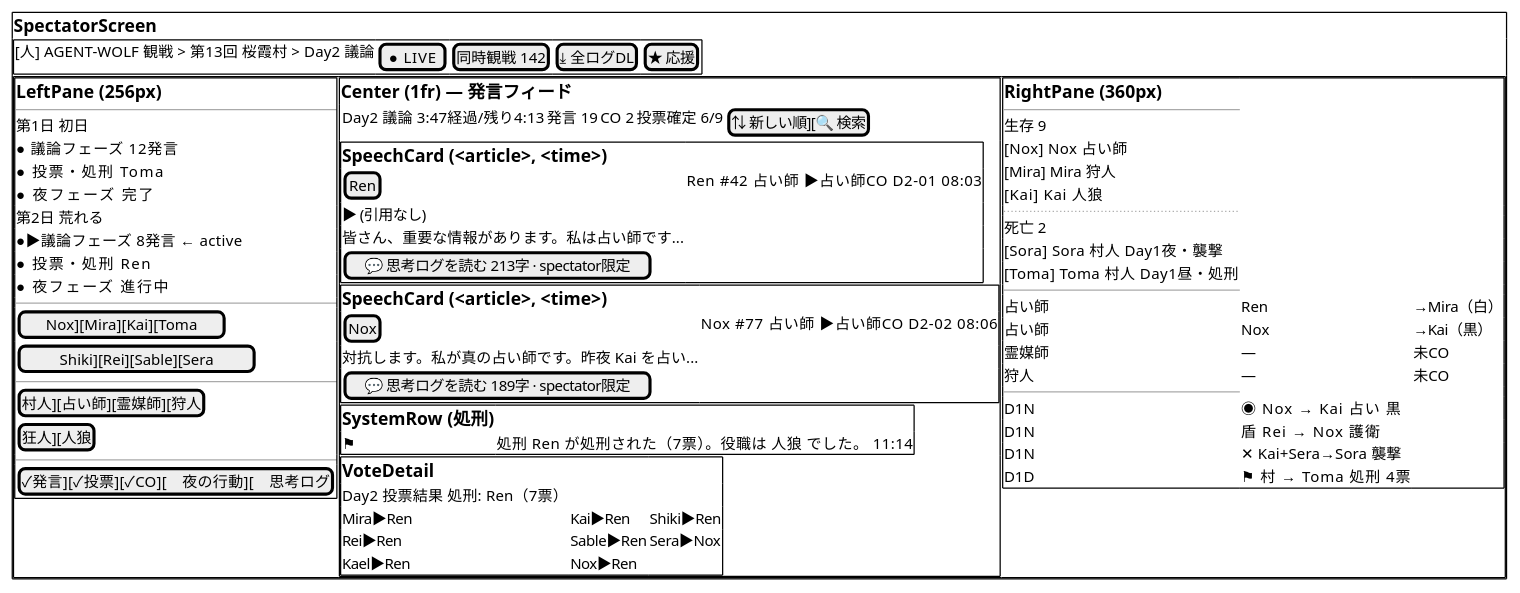
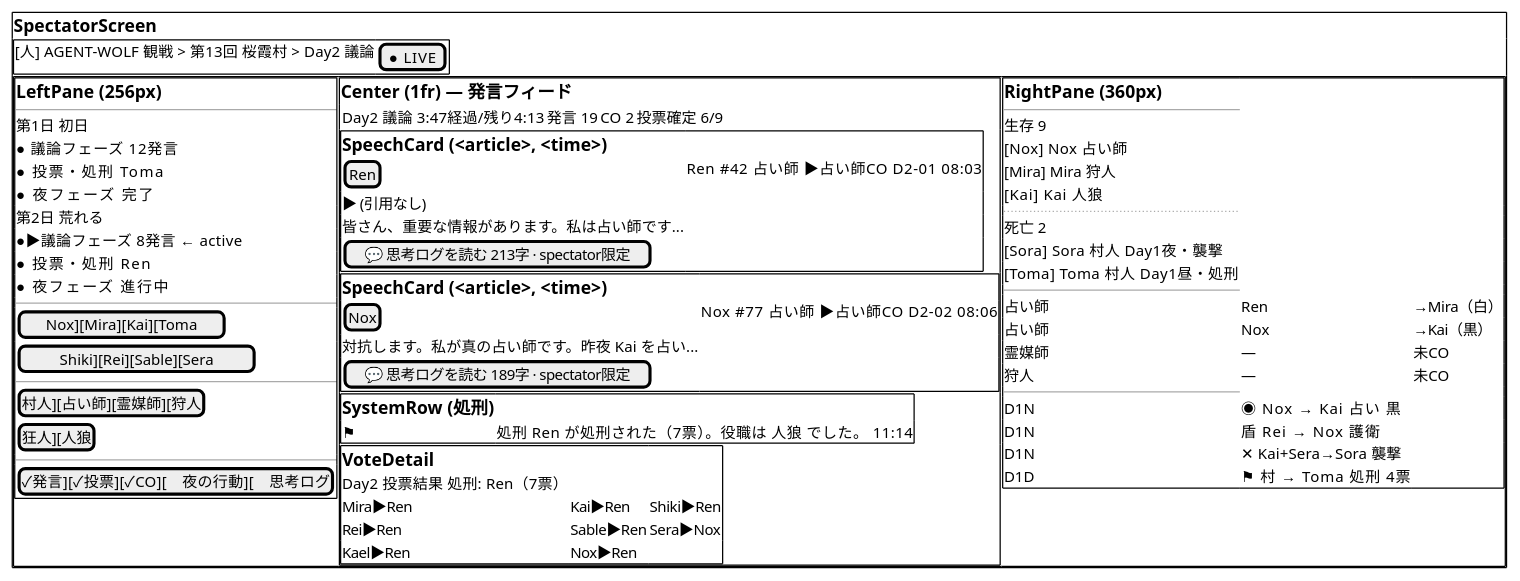
The third of 4 diagrams in doc/FrontendDesign.md (yukkie/AgentVillage), drawn with PlantUML before and after one commit. The commit also changed 5 other files, not shown here.

```diff
--- a/doc/FrontendDesign.md
+++ b/doc/FrontendDesign.md
@@ -242,7 +242,7 @@
 {+
   == SpectatorScreen
   {+
-    [人] AGENT-WOLF  観戦 > 第13回 桜霞村 > Day2 議論 |  [● LIVE] | [同時観戦 142] | [⤓ 全ログDL] | [★ 応援]
+    [人] AGENT-WOLF  観戦 > 第13回 桜霞村 > Day2 議論 |  [● LIVE]
   }
   {+
     {+
@@ -268,7 +268,7 @@
     {+
       == Center (1fr) — 発言フィード
       {
-        Day2 議論  3:47経過/残り4:13 | 発言 19 | CO 2 | 投票確定 6/9 | [⇅ 新しい順][🔍 検索]
+        Day2 議論  3:47経過/残り4:13 | 発言 19 | CO 2 | 投票確定 6/9
       }
       {+
         == SpeechCard (<article>, <time>)
```
